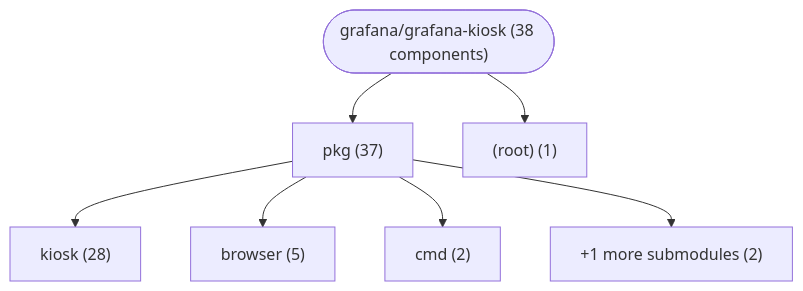
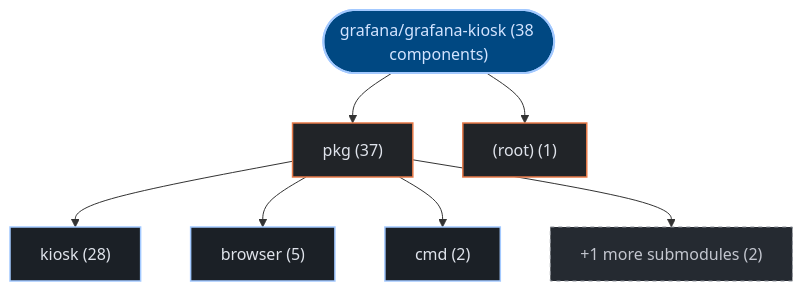
Before and after one commit to kumarshaz/atruss-code-atlas: the first of 3 diagrams in exports/latest/reports/grafana-grafana-kiosk-report.md, drawn with Mermaid. The commit also changed other lines of this file and 331 other files, not shown here.

Commit message:
docs,ui,fix: update SDLC docs, reorder CI/CD DAG first, stylize Mermaid, and fix Arc42 pipeline topology

````diff
--- a/exports/latest/reports/grafana-grafana-kiosk-report.md
+++ b/exports/latest/reports/grafana-grafana-kiosk-report.md
@@ -42,16 +42,23 @@
 ```mermaid
 graph TD;
-    repo_root(["grafana/grafana-kiosk (38 components)"])
-    dir_0_pkg["pkg (37)"]
+  classDef atlasRoot fill:#004882,stroke:#a3c9ff,stroke-width:2px,color:#d3e4ff
+  classDef atlasCategory fill:#212428,stroke:#E87A48,stroke-width:1.5px,color:#dfe3eb
+  classDef atlasWorkflow fill:#1b2026,stroke:#a3c9ff,stroke-width:1.5px,color:#dfe3eb
+  classDef atlasJob fill:#171c22,stroke:#8d9199,stroke-width:1px,color:#dfe3eb
+  classDef atlasTarget fill:#005227,stroke:#8bd99b,stroke-width:1.5px,color:#a7f6b6
+  classDef atlasAlert fill:#93000a,stroke:#ffb4ab,stroke-width:1.5px,color:#ffdad6
+  classDef atlasMore fill:#252a31,stroke:#8d9199,stroke-dasharray:4 4,color:#c3c6cf
+    repo_root(["grafana/grafana-kiosk (38 components)"]):::atlasRoot
+    dir_0_pkg["pkg (37)"]:::atlasCategory
     repo_root --> dir_0_pkg
-    sub_0_0_kiosk["kiosk (28)"]
+    sub_0_0_kiosk["kiosk (28)"]:::atlasWorkflow
     dir_0_pkg --> sub_0_0_kiosk
-    sub_0_1_browser["browser (5)"]
+    sub_0_1_browser["browser (5)"]:::atlasWorkflow
     dir_0_pkg --> sub_0_1_browser
-    sub_0_2_cmd["cmd (2)"]
+    sub_0_2_cmd["cmd (2)"]:::atlasWorkflow
     dir_0_pkg --> sub_0_2_cmd
-    sub_0_more["+1 more submodules (2)"]
+    sub_0_more["+1 more submodules (2)"]:::atlasMore
     dir_0_pkg --> sub_0_more
-    dir_1__root_["(root) (1)"]
+    dir_1__root_["(root) (1)"]:::atlasCategory
     repo_root --> dir_1__root_
 ```
````
